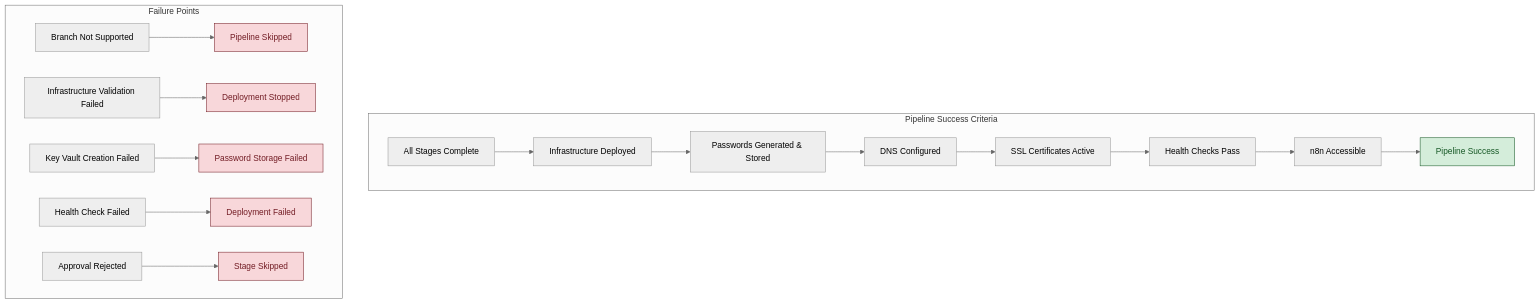
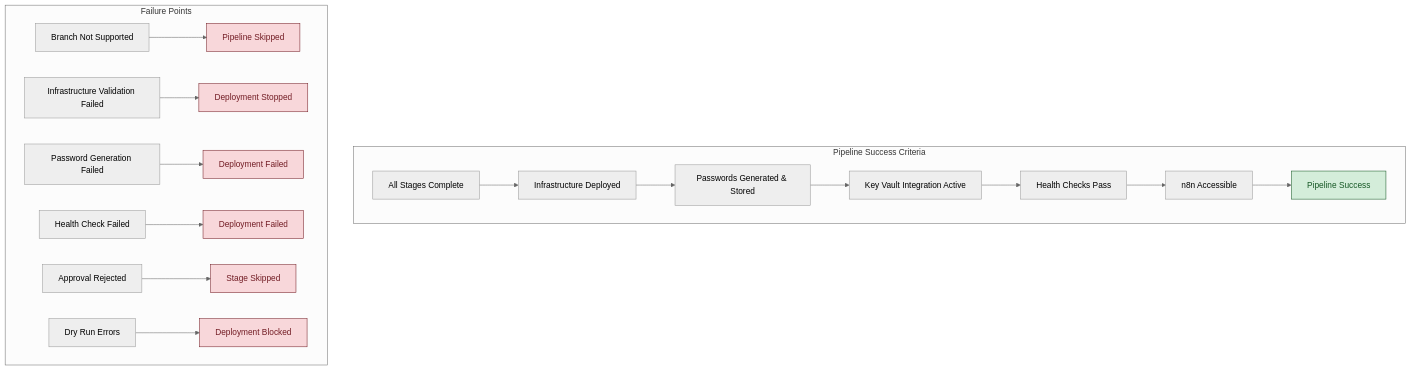
Before and after one commit to srmds/n8n-azure-apps-quick-starter: the tenth of 12 diagrams in docs/cicd-pipeline.md, drawn with Mermaid (neutral theme). The commit also changed other lines of this file and 15 other files, not shown here.

````diff
--- a/docs/cicd-pipeline.md
+++ b/docs/cicd-pipeline.md
@@ -306,26 +352,26 @@
 ```mermaid
 graph TB
     subgraph "Pipeline Success Criteria"
         A[All Stages Complete] --> B[Infrastructure Deployed]
         B --> C[Passwords Generated & Stored]
-        C --> D[DNS Configured]
-        D --> E[SSL Certificates Active]
-        E --> F[Health Checks Pass]
-        F --> G[n8n Accessible]
-        G --> H[Pipeline Success]
+        C --> D[Key Vault Integration Active]
+        D --> E[Health Checks Pass]
+        E --> F[n8n Accessible]
+        F --> G[Pipeline Success]
     end
 
     subgraph "Failure Points"
-        I[Branch Not Supported] --> J[Pipeline Skipped]
-        K[Infrastructure Validation Failed] --> L[Deployment Stopped]
-        M[Key Vault Creation Failed] --> N[Password Storage Failed]
-        O[Health Check Failed] --> P[Deployment Failed]
-        Q[Approval Rejected] --> R[Stage Skipped]
+        H[Branch Not Supported] --> I[Pipeline Skipped]
+        J[Infrastructure Validation Failed] --> K[Deployment Stopped]
+        L[Password Generation Failed] --> M[Deployment Failed]
+        N[Health Check Failed] --> O[Deployment Failed]
+        P[Approval Rejected] --> Q[Stage Skipped]
+        R[Dry Run Errors] --> S[Deployment Blocked]
     end
 
     classDef success fill:#d4edda,stroke:#155724,color:#155724
     classDef failure fill:#f8d7da,stroke:#721c24,color:#721c24
 
-    class H success
-    class J,L,N,P,R failure
+    class G success
+    class I,K,M,O,Q,S failure
 ```
````
